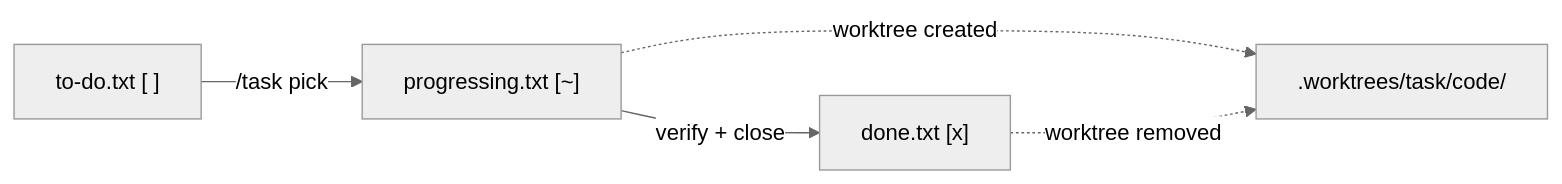
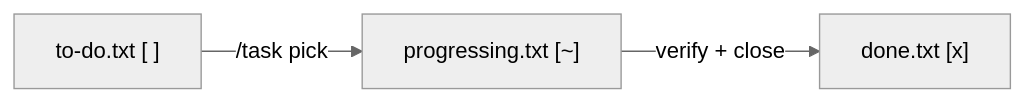
Before and after one commit to dnviti/codeclaw: the second of 5 diagrams in README.md, drawn with Mermaid (neutral theme). The commit also changed other lines of this file and 31 other files, not shown here.

````diff
--- a/README.md
+++ b/README.md
@@ -121,7 +121,5 @@
 ```mermaid
 flowchart LR
     A["to-do.txt [ ]"] -->|"/task pick"| B["progressing.txt [~]"]
     B -->|"verify + close"| C["done.txt [x]"]
-    B -.->|worktree created| D[".worktrees/task/code/"]
-    C -.->|worktree removed| D
 ```
````
